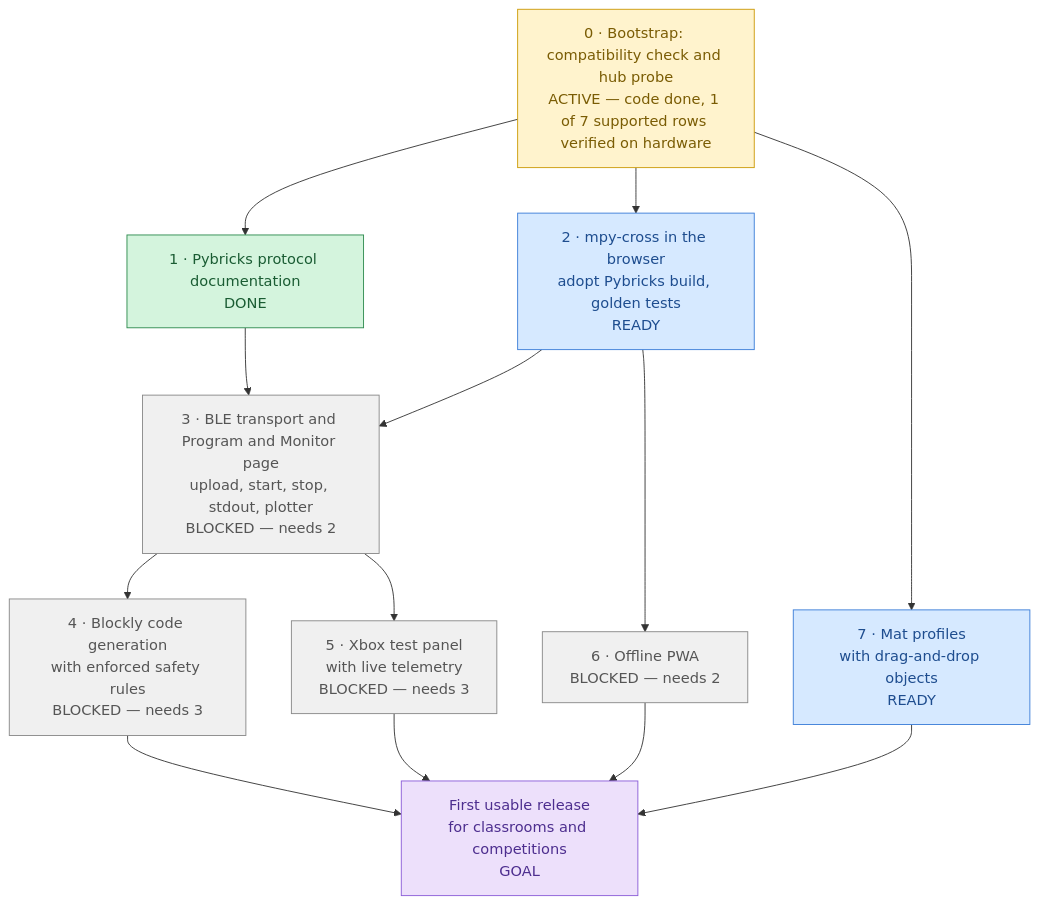
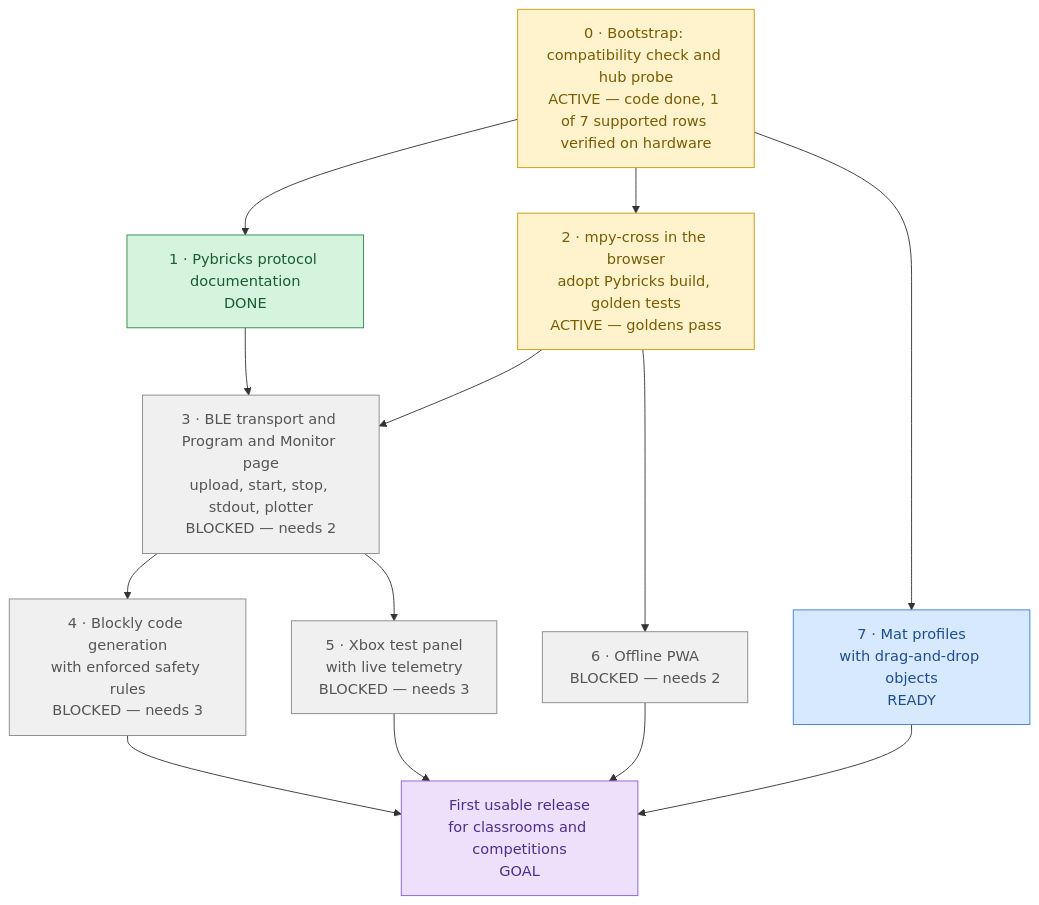
Before and after one commit to lumduan/matpilot: the diagram in docs/roadmap.md, drawn with Mermaid. The commit also changed other lines of this file and 29 other files, not shown here.

First line of the commit message:
feat(pybricks): compile MicroPython with Pybricks' mpy-cross, proven by golden tests

````diff
--- a/docs/roadmap.md
+++ b/docs/roadmap.md
@@ -10,37 +10,37 @@
 ```mermaid
 flowchart TD
     M0["0 · Bootstrap: compatibility check and hub probe<br/>ACTIVE — code done, 1 of 7 supported rows verified on hardware"]
     M1["1 · Pybricks protocol documentation<br/>DONE"]
-    M2["2 · mpy-cross in the browser<br/>adopt Pybricks build, golden tests<br/>READY"]
+    M2["2 · mpy-cross in the browser<br/>adopt Pybricks build, golden tests<br/>ACTIVE — goldens pass"]
     M3["3 · BLE transport and Program and Monitor page<br/>upload, start, stop, stdout, plotter<br/>BLOCKED — needs 2"]
     M4["4 · Blockly code generation<br/>with enforced safety rules<br/>BLOCKED — needs 3"]
     M5["5 · Xbox test panel<br/>with live telemetry<br/>BLOCKED — needs 3"]
     M6["6 · Offline PWA<br/>BLOCKED — needs 2"]
     M7["7 · Mat profiles<br/>with drag-and-drop objects<br/>READY"]
     GOAL["First usable release<br/>for classrooms and competitions<br/>GOAL"]
 
     M0 --> M1
     M0 --> M2
     M0 --> M7
     M1 --> M3
     M2 --> M3
     M3 --> M4
     M3 --> M5
     M2 --> M6
     M4 --> GOAL
     M5 --> GOAL
     M6 --> GOAL
     M7 --> GOAL
 
     classDef done     fill:#d4f4dd,stroke:#2d8a4e,color:#1a5c33
     classDef active   fill:#fff3cd,stroke:#cc9a06,color:#7a5c04
     classDef ready    fill:#d6e9ff,stroke:#3b7dd8,color:#1e4d8f
     classDef blocked  fill:#f0f0f0,stroke:#888,color:#555
     classDef goal     fill:#ede0fb,stroke:#8a5cd8,color:#4d2e8f
 
-    class M0 active
+    class M0,M2 active
     class M1 done
-    class M2,M7 ready
+    class M7 ready
     class M3,M4,M5,M6 blocked
     class GOAL goal
 ```
````
